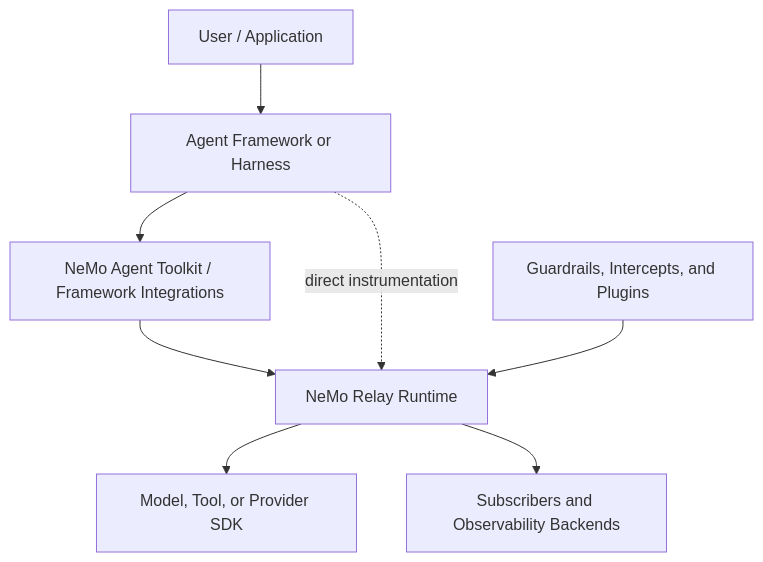
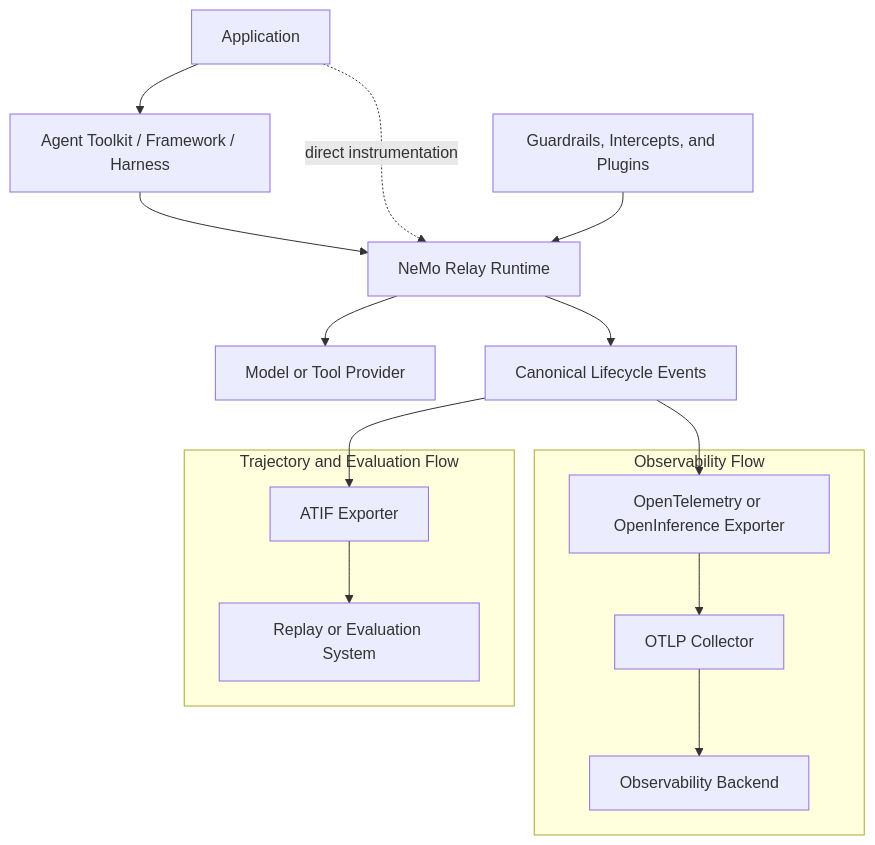
One commit to AnuradhaKaruppiah/NeMo-Flow changed the diagram in docs/about-nemo-relay/ecosystem.mdx. Above: the diagram before and after it, drawn with Mermaid. The commit also changed other lines of this file, not shown here.

First line of the commit message:
docs: clarify Relay ecosystem boundaries (#701)

````diff
--- a/docs/about-nemo-relay/ecosystem.mdx
+++ b/docs/about-nemo-relay/ecosystem.mdx
@@ -63,25 +68,37 @@
 ```mermaid
 flowchart TB
-    User[User / Application]
-    Framework[Agent Framework or Harness]
-    Toolkit[NeMo Agent Toolkit / Framework Integrations]
+    App[Application]
+    Framework[Agent Toolkit / Framework / Harness]
     Relay[NeMo Relay Runtime]
-    Provider[Model, Tool, or Provider SDK]
-    Obs[Subscribers and Observability Backends]
+    Provider[Model or Tool Provider]
     Policy[Guardrails, Intercepts, and Plugins]
+    Events[Canonical Lifecycle Events]
 
-    User --> Framework
-    Framework --> Toolkit
-    Toolkit --> Relay
-    Framework -. direct instrumentation .-> Relay
+    subgraph ObservabilityFlow[Observability Flow]
+        OTel[OpenTelemetry or OpenInference Exporter]
+        Collector[OTLP Collector]
+        Backend[Observability Backend]
+        OTel --> Collector --> Backend
+    end
+
+    subgraph EvaluationFlow[Trajectory and Evaluation Flow]
+        ATIF[ATIF Exporter]
+        Evaluation[Replay or Evaluation System]
+        ATIF --> Evaluation
+    end
+
+    App --> Framework --> Relay
+    App -. direct instrumentation .-> Relay
     Relay --> Provider
     Policy --> Relay
-    Relay --> Obs
+    Relay --> Events
+    Events --> OTel
+    Events --> ATIF
 
     class Framework yellow-lightest;
-    class Toolkit blue-lightest;
     class Relay green-light;
     class Provider purple-lightest;
-    class Obs grey-light;
     class Policy green-lightest;
+    class Events blue-lightest;
+    class ObservabilityFlow,EvaluationFlow grey-lightest;
 ```
````
